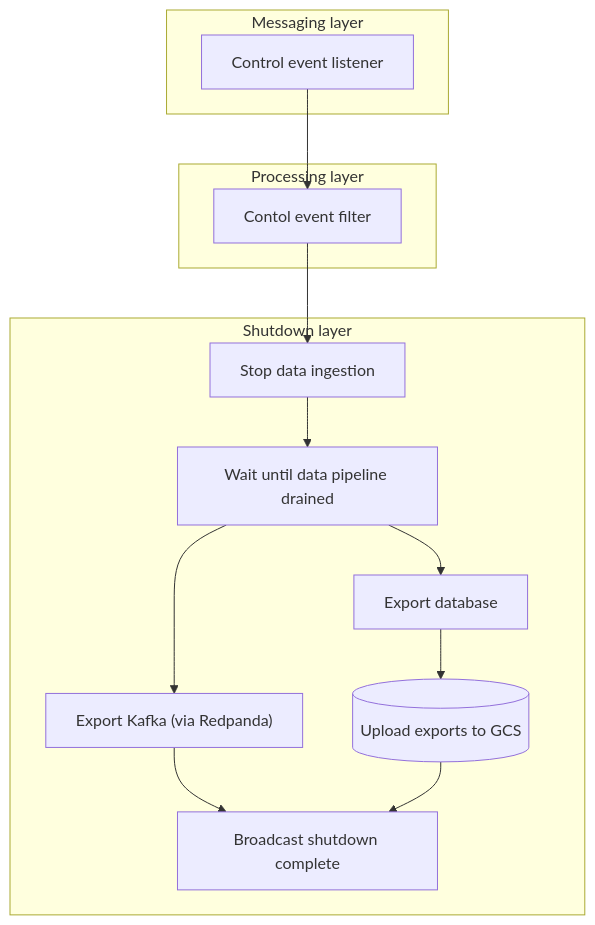
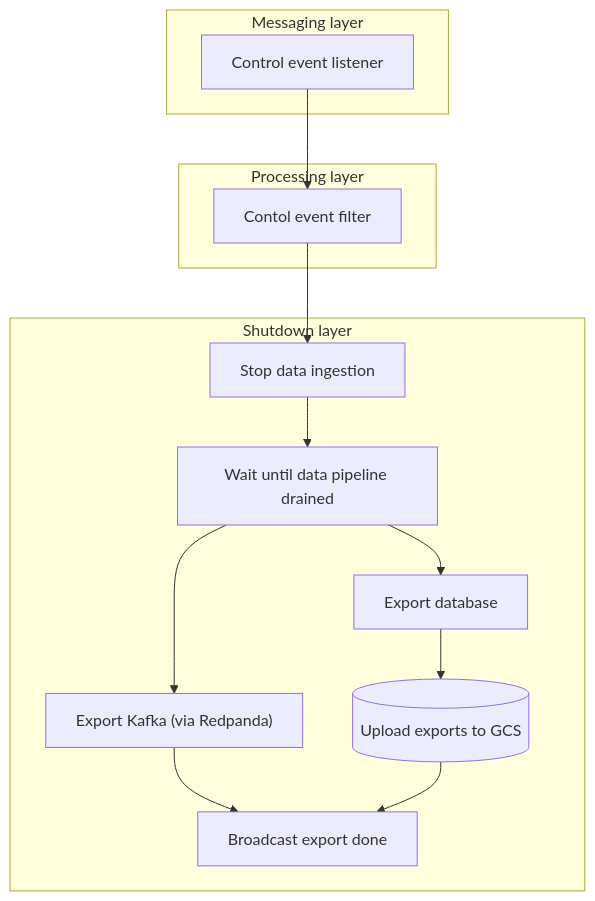
One commit to ChronoRacer/chronoracer changed the fourth of 4 diagrams in docs/9-core.md. Above: the diagram before and after it, drawn with Mermaid. The commit also changed other lines of this file and 20 other files, not shown here.

````diff
--- a/docs/9-core.md
+++ b/docs/9-core.md
@@ -121,31 +121,31 @@
 ```mermaid
 flowchart TB
     %% Groups
     subgraph kafka["Messaging layer"]
         kafkaControl["Control event listener"]
     end
 
     subgraph process["Processing layer"]
         filterControl["Contol event filter"]
     end
 
     subgraph shutdown["Shutdown layer"]
         dataStop["Stop data ingestion"]
         pipelineDrain["Wait until data pipeline drained"]
         exportKafka["Export Kafka (via Redpanda)"]
         exportDb["Export database"]
         gcsWriter[("Upload exports to GCS")]
-        notify["Broadcast shutdown complete"]
+        notify["Broadcast export done"]
     end
 
     %% Connections
     kafkaControl --> filterControl
     filterControl --> dataStop
     dataStop --> pipelineDrain
     pipelineDrain --> exportKafka
     pipelineDrain --> exportDb
     exportDb --> gcsWriter
     exportKafka --> notify
     gcsWriter --> notify
 
 ```
````
